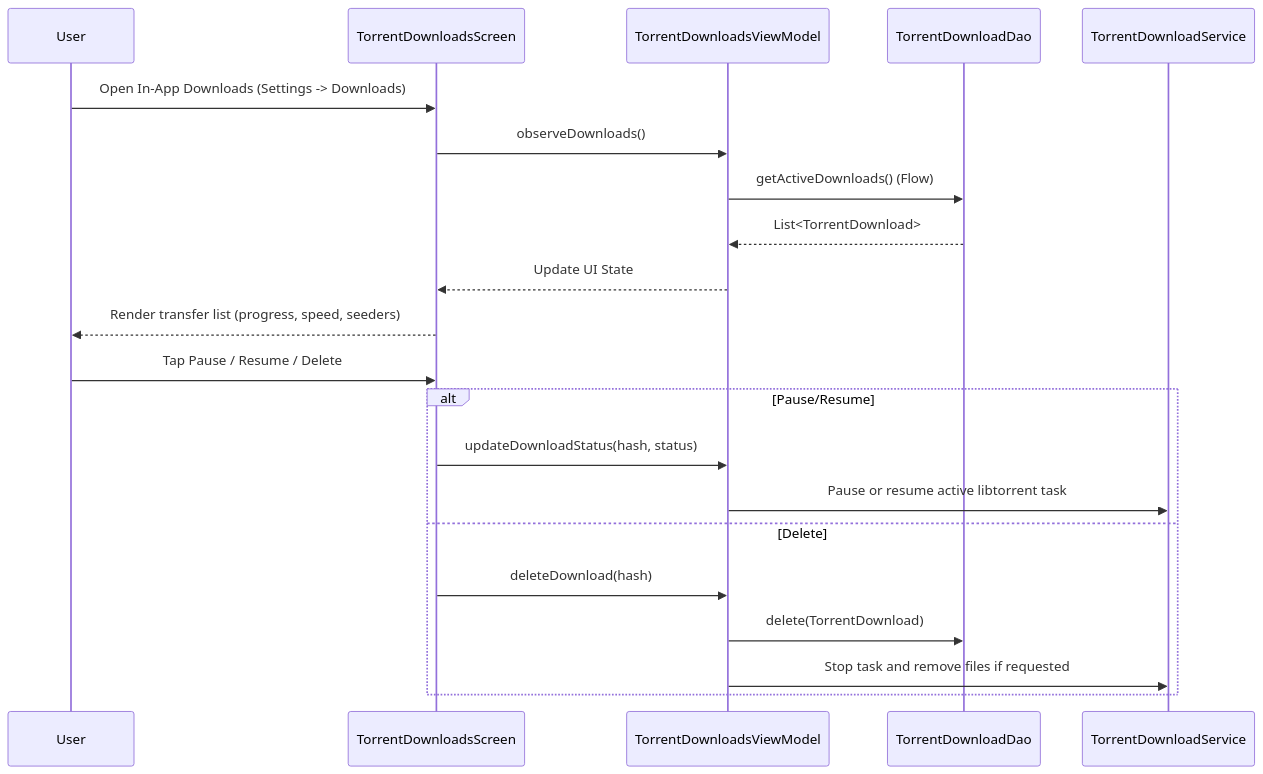
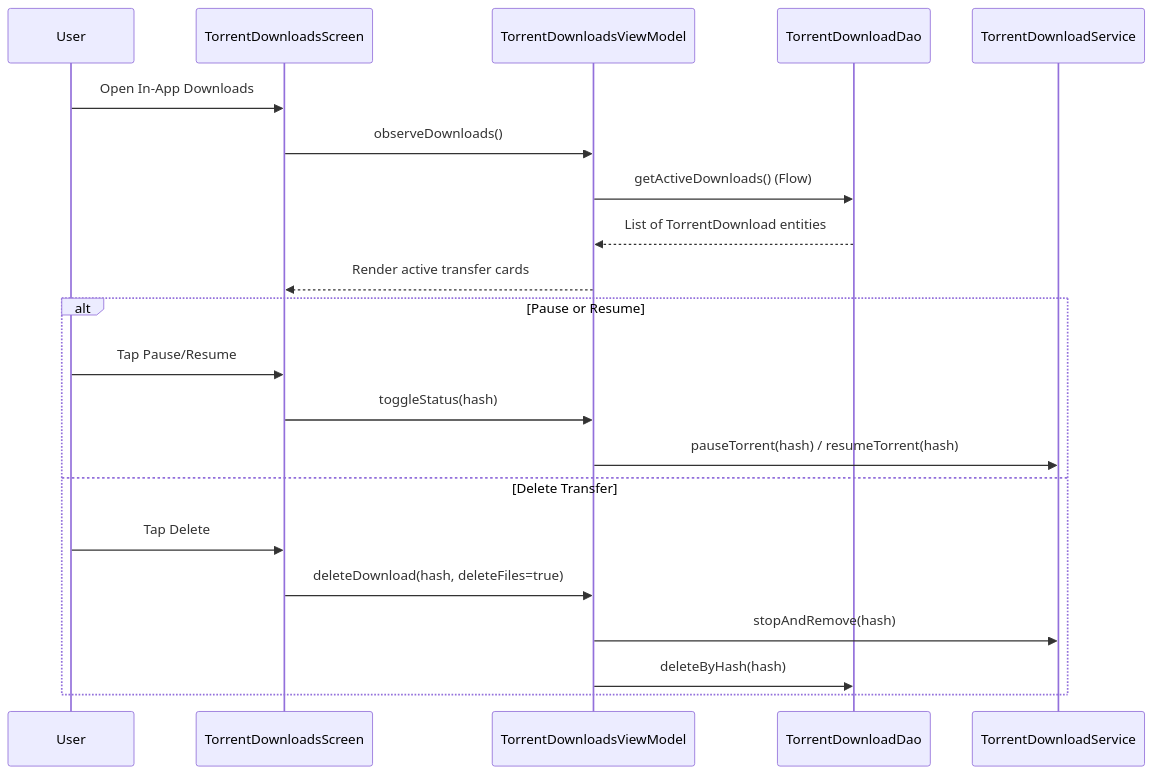
Before and after one commit to martinrevert/LaTorrentola: the ninth of 15 diagrams in ARCHITECTURE.md, drawn with Mermaid. The commit also changed other lines of this file and 2 other files, not shown here.

````diff
--- a/ARCHITECTURE.md
+++ b/ARCHITECTURE.md
@@ -462,24 +620,24 @@
 ```mermaid
 sequenceDiagram
     participant U as User
     participant TDS as TorrentDownloadsScreen
     participant VM as TorrentDownloadsViewModel
     participant TDAO as TorrentDownloadDao
     participant TSERV as TorrentDownloadService
 
-    U->>TDS: Open In-App Downloads (Settings -> Downloads)
+    U->>TDS: Open In-App Downloads
     TDS->>VM: observeDownloads()
     VM->>TDAO: getActiveDownloads() (Flow)
-    TDAO-->>VM: List<TorrentDownload>
-    VM-->>TDS: Update UI State
-    TDS-->>U: Render transfer list (progress, speed, seeders)
-    U->>TDS: Tap Pause / Resume / Delete
-    alt Pause/Resume
-        TDS->>VM: updateDownloadStatus(hash, status)
-        VM->>TSERV: Pause or resume active libtorrent task
-    else Delete
-        TDS->>VM: deleteDownload(hash)
-        VM->>TDAO: delete(TorrentDownload)
-        VM->>TSERV: Stop task and remove files if requested
+    TDAO-->>VM: List of TorrentDownload entities
+    VM-->>TDS: Render active transfer cards
+    alt Pause or Resume
+        U->>TDS: Tap Pause/Resume
+        TDS->>VM: toggleStatus(hash)
+        VM->>TSERV: pauseTorrent(hash) / resumeTorrent(hash)
+    else Delete Transfer
+        U->>TDS: Tap Delete
+        TDS->>VM: deleteDownload(hash, deleteFiles=true)
+        VM->>TSERV: stopAndRemove(hash)
+        VM->>TDAO: deleteByHash(hash)
     end
 ```
````
